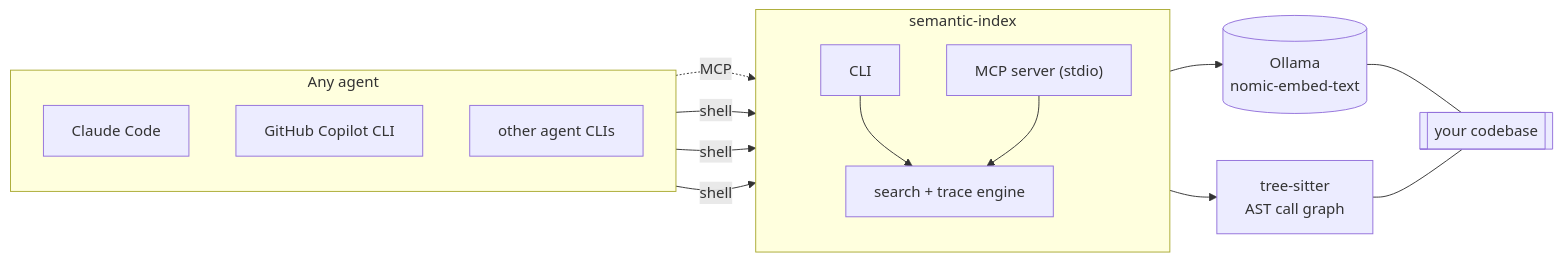
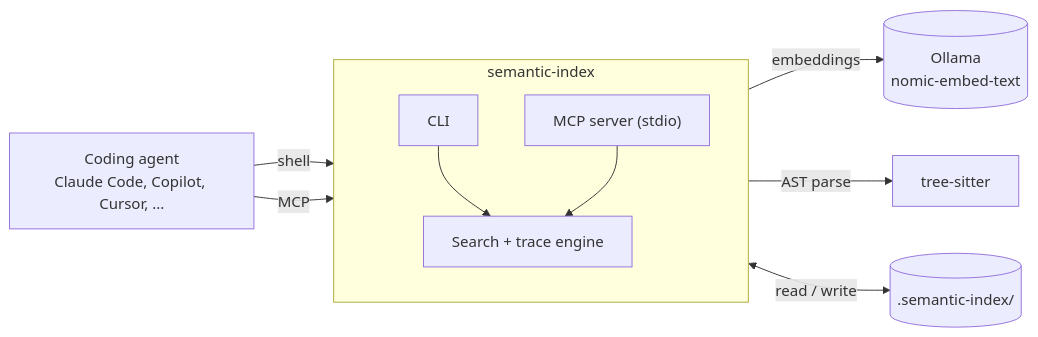
The diagram in README.md (arifbazli/agent-code-search), drawn with Mermaid before and after one commit. The commit also changed other lines of this file, not shown here.

Commit message:
Rewrite README as a short overview with a readable diagram

````diff
--- a/README.md
+++ b/README.md
@@ -160,32 +5,19 @@
 ```mermaid
 flowchart LR
-    subgraph Agents["Any agent"]
+    agent["Coding agent<br/>Claude Code, Copilot, Cursor, ..."]
+
+    subgraph tool["semantic-index"]
         direction TB
-        A1["Claude Code"]
-        A2["GitHub Copilot CLI"]
-        A3["other agent CLIs"]
+        cli["CLI"]
+        mcp["MCP server (stdio)"]
+        engine["Search + trace engine"]
+        cli --> engine
+        mcp --> engine
     end
 
-    subgraph Tool["semantic-index"]
-        direction TB
-        CLI["CLI"]
-        MCP["MCP server (stdio)"]
-        ENGINE["search + trace engine"]
-        CLI --> ENGINE
-        MCP --> ENGINE
-    end
-
-    OLLAMA[("Ollama\nnomic-embed-text")]
-    AST["tree-sitter\nAST call graph"]
-    CODE[["your codebase"]]
-
-    A1 -. MCP .-> MCP
-    A1 -- shell --> CLI
-    A2 -- shell --> CLI
-    A3 -- shell --> CLI
-
-    ENGINE --> OLLAMA
-    ENGINE --> AST
-    OLLAMA --- CODE
-    AST --- CODE
+    agent -- "shell" --> cli
+    agent -- "MCP" --> mcp
+    engine -- "embeddings" --> ollama[("Ollama<br/>nomic-embed-text")]
+    engine -- "AST parse" --> ts["tree-sitter"]
+    engine <-- "read / write" --> index[(".semantic-index/")]
 ```
````
